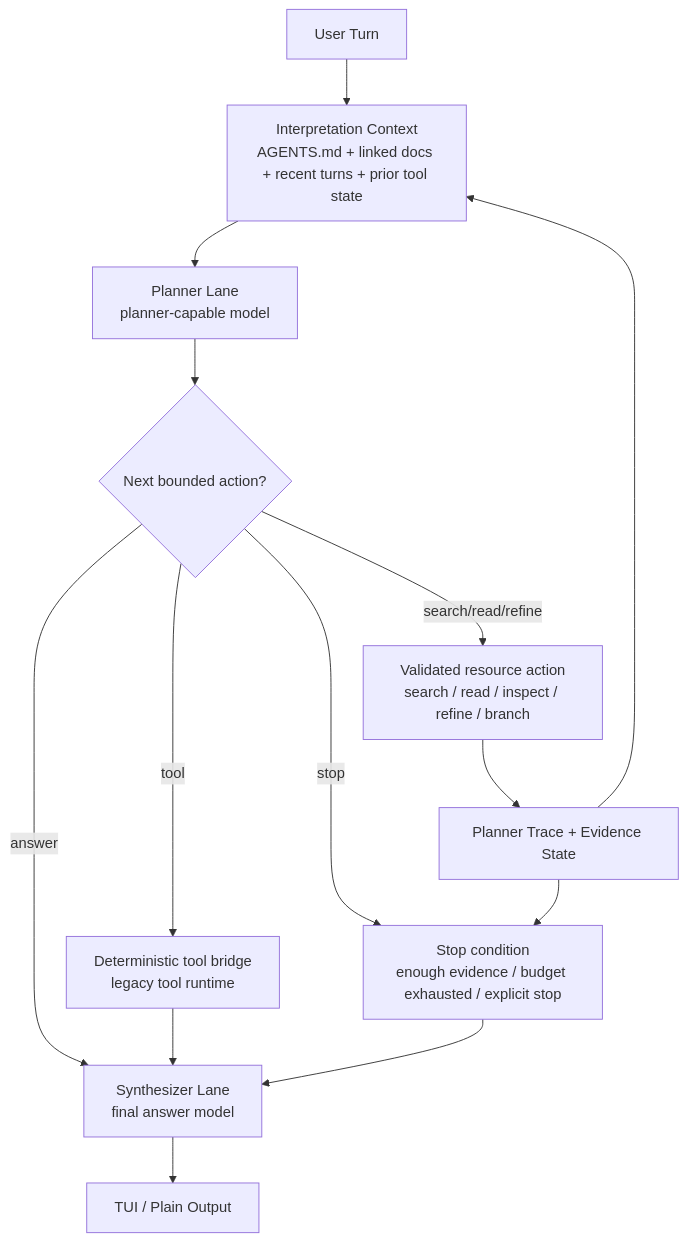
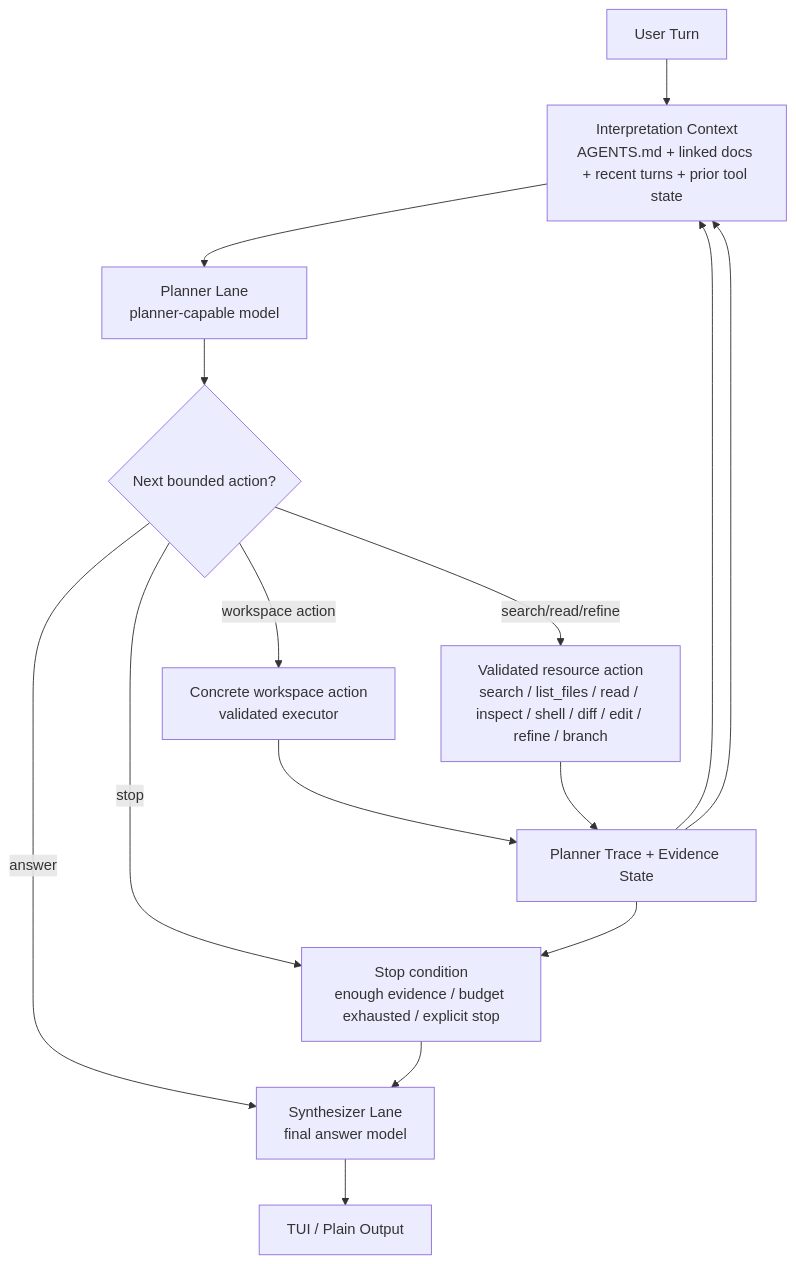
One commit to spoke-sh/paddles changed the first of 5 diagrams in README.md. Above: the diagram before and after it, drawn with Mermaid. The commit also changed other lines of this file and 9 other files, not shown here.

````diff
--- a/README.md
+++ b/README.md
@@ -25,21 +25,21 @@
 ```mermaid
 flowchart TD
     U["User Turn"]
     I["Interpretation Context<br/>AGENTS.md + linked docs + recent turns + prior tool state"]
     P["Planner Lane<br/>planner-capable model"]
     D{"Next bounded action?"}
-    A["Validated resource action<br/>search / read / inspect / refine / branch"]
-    X["Deterministic tool bridge<br/>legacy tool runtime"]
+    A["Validated resource action<br/>search / list_files / read / inspect / shell / diff / edit / refine / branch"]
+    X["Concrete workspace action<br/>validated executor"]
     S["Planner Trace + Evidence State"]
     T["Stop condition<br/>enough evidence / budget exhausted / explicit stop"]
     Y["Synthesizer Lane<br/>final answer model"]
     R["TUI / Plain Output"]
 
     U --> I --> P --> D
     D -->|answer| Y
-    D -->|tool| X --> Y
+    D -->|workspace action| X --> S --> I
     D -->|search/read/refine| A --> S --> I
     D -->|stop| T --> Y
     S --> T
     Y --> R
 ```
````
